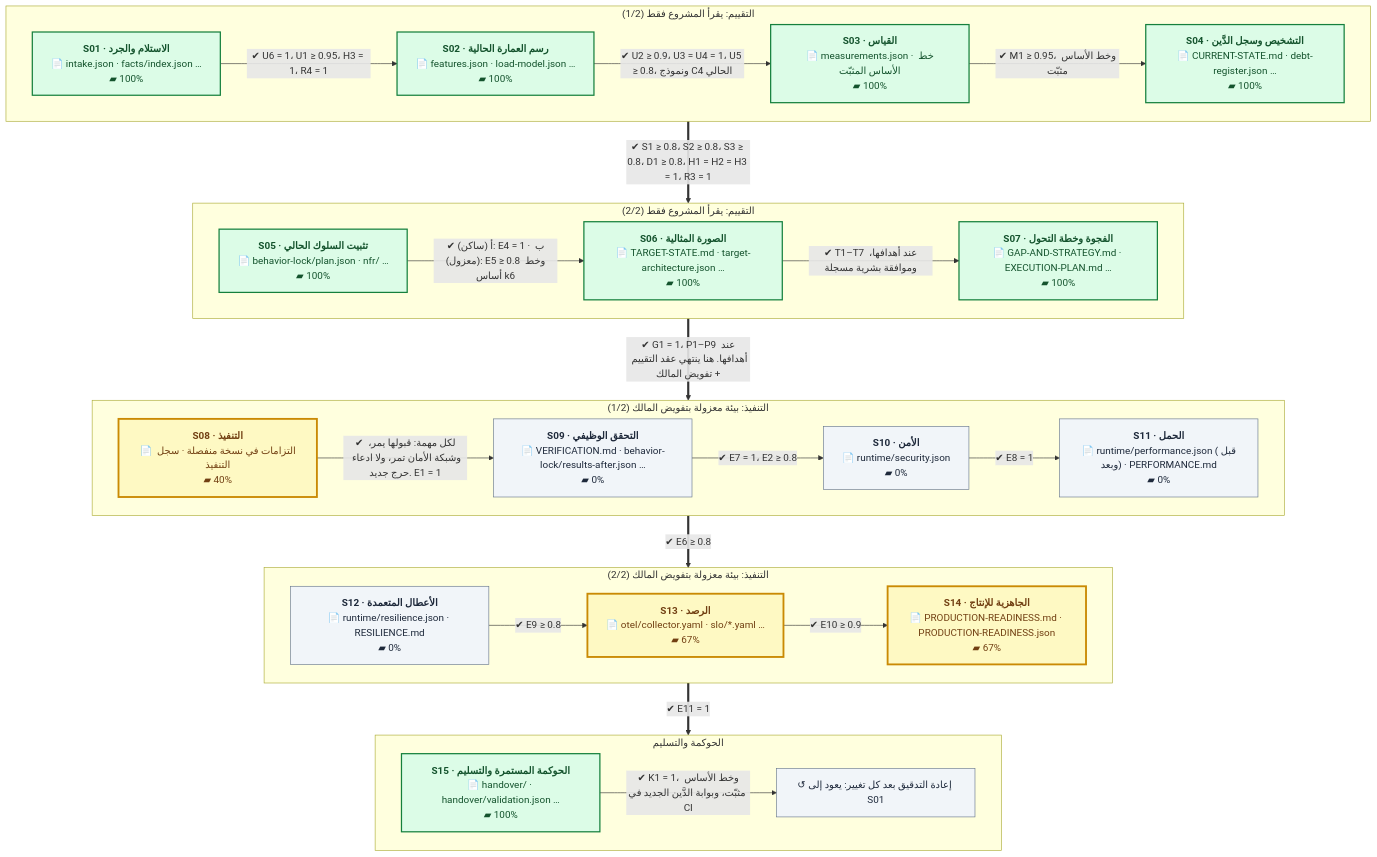
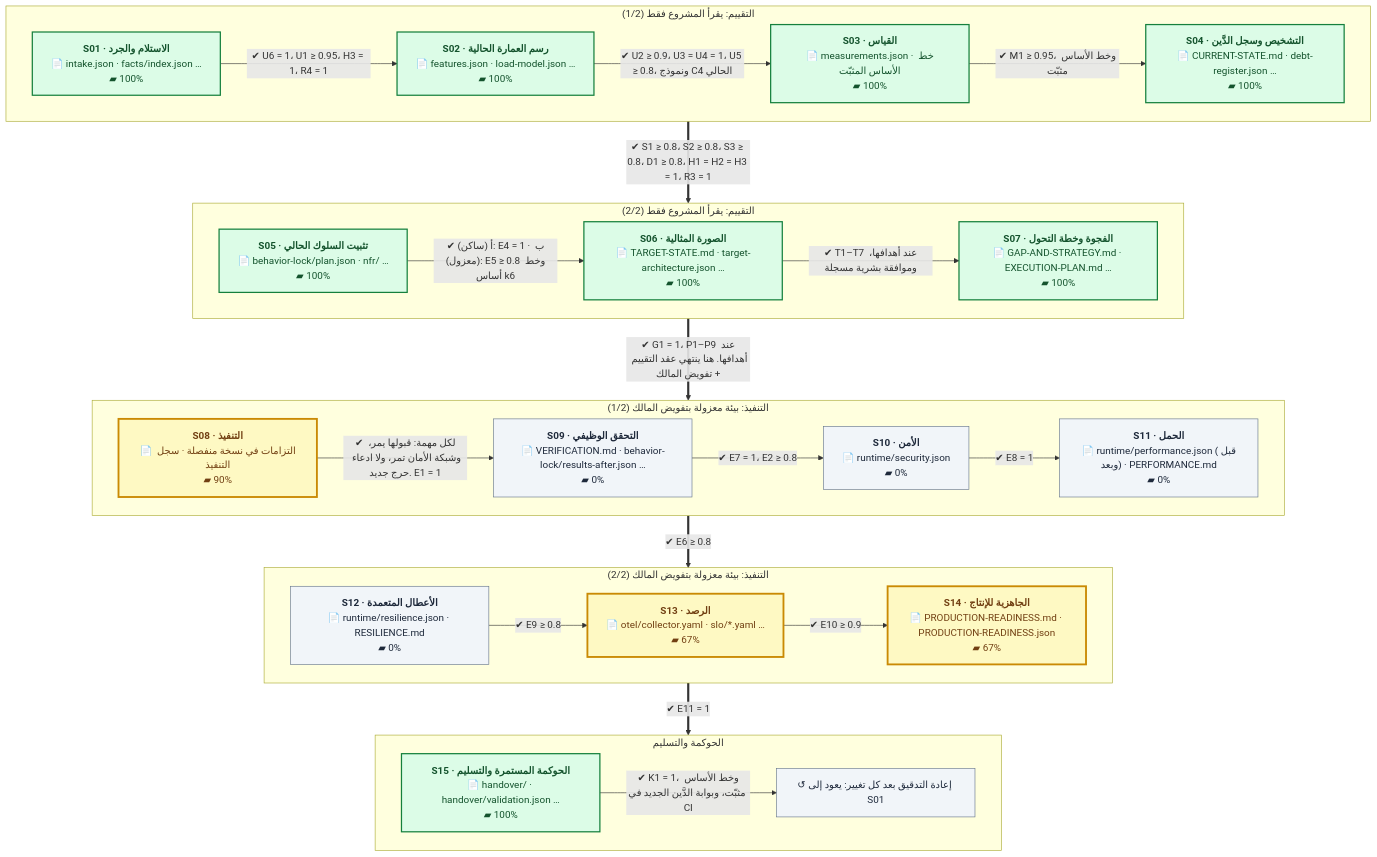
One commit to eom1417/engineering-audit-os changed the second of 2 diagrams in docs/NORTH-STAR.md. Above: the diagram before and after it, drawn with Mermaid. The commit also changed other lines of this file and 7 other files, not shown here.

````diff
--- a/docs/NORTH-STAR.md
+++ b/docs/NORTH-STAR.md
@@ -1147,54 +1147,54 @@
 ```mermaid
 %%{init: {'flowchart': {'wrappingWidth': 260, 'nodeSpacing': 40, 'rankSpacing': 60}}}%%
 flowchart TB
     subgraph P1["التقييم: يقرأ المشروع فقط (1/2)"]
         direction LR
         S01["<b>S01 · الاستلام والجرد</b><br/>📄 intake.json · facts/index.json …<br/>▰ 100%"]:::done
         S02["<b>S02 · رسم العمارة الحالية</b><br/>📄 features.json · load-model.json …<br/>▰ 100%"]:::done
         S03["<b>S03 · القياس</b><br/>📄 measurements.json · خط الأساس المثبّت<br/>▰ 100%"]:::done
         S04["<b>S04 · التشخيص وسجل الدَّين</b><br/>📄 CURRENT-STATE.md · debt-register.json …<br/>▰ 100%"]:::done
         S01 -->|"✔ U6 = 1، U1 ≥ 0.95، H3 = 1، R4 = 1"| S02
         S02 -->|"✔ U2 ≥ 0.9، U3 = U4 = 1، U5 ≥ 0.8، ونموذج C4 الحالي"| S03
         S03 -->|"✔ M1 ≥ 0.95، وخط الأساس مثبّت"| S04
     end
     subgraph P2["التقييم: يقرأ المشروع فقط (2/2)"]
         direction LR
         S05["<b>S05 · تثبيت السلوك الحالي</b><br/>📄 behavior-lock/plan.json · nfr/ …<br/>▰ 100%"]:::done
         S06["<b>S06 · الصورة المثالية</b><br/>📄 TARGET-STATE.md · target-architecture.json …<br/>▰ 100%"]:::done
         S07["<b>S07 · الفجوة وخطة التحول</b><br/>📄 GAP-AND-STRATEGY.md · EXECUTION-PLAN.md …<br/>▰ 100%"]:::done
         S05 -->|"✔ أ (ساكن): E4 = 1 · ب (معزول): E5 ≥ 0.8 وخط أساس k6"| S06
         S06 -->|"✔ T1–T7 عند أهدافها، وموافقة بشرية مسجلة"| S07
     end
     subgraph P3["التنفيذ: بيئة معزولة بتفويض المالك (1/2)"]
         direction LR
-        S08["<b>S08 · التنفيذ</b><br/>📄 التزامات في نسخة منفصلة · سجل التنفيذ<br/>▰ 40%"]:::current
+        S08["<b>S08 · التنفيذ</b><br/>📄 التزامات في نسخة منفصلة · سجل التنفيذ<br/>▰ 90%"]:::current
         S09["<b>S09 · التحقق الوظيفي</b><br/>📄 VERIFICATION.md · behavior-lock/results-after.json …<br/>▰ 0%"]:::next
         S10["<b>S10 · الأمن</b><br/>📄 runtime/security.json<br/>▰ 0%"]:::next
         S11["<b>S11 · الحمل</b><br/>📄 runtime/performance.json (قبل وبعد) · PERFORMANCE.md<br/>▰ 0%"]:::next
         S08 -->|"✔ لكل مهمة: قبولها يمر، وشبكة الأمان تمر، ولا ادعاء حرج جديد. E1 = 1"| S09
         S09 -->|"✔ E7 = 1، E2 ≥ 0.8"| S10
         S10 -->|"✔ E8 = 1"| S11
     end
     subgraph P4["التنفيذ: بيئة معزولة بتفويض المالك (2/2)"]
         direction LR
         S12["<b>S12 · الأعطال المتعمدة</b><br/>📄 runtime/resilience.json · RESILIENCE.md<br/>▰ 0%"]:::next
         S13["<b>S13 · الرصد</b><br/>📄 otel/collector.yaml · slo/*.yaml …<br/>▰ 67%"]:::current
         S14["<b>S14 · الجاهزية للإنتاج</b><br/>📄 PRODUCTION-READINESS.md · PRODUCTION-READINESS.json<br/>▰ 67%"]:::current
         S12 -->|"✔ E9 ≥ 0.8"| S13
         S13 -->|"✔ E10 ≥ 0.9"| S14
     end
     subgraph P5["الحوكمة والتسليم"]
         direction LR
         S15["<b>S15 · الحوكمة المستمرة والتسليم</b><br/>📄 handover/ · handover/validation.json …<br/>▰ 100%"]:::done
         LOOP["↺ إعادة التدقيق بعد كل تغيير: يعود إلى S01"]:::next
         S15 -->|"✔ K1 = 1، وخط الأساس مثبّت، وبوابة الدَّين الجديد في CI"| LOOP
     end
     P1 ==>|"✔ S1 ≥ 0.8، S2 ≥ 0.8، S3 ≥ 0.8، D1 ≥ 0.8، H1 = H2 = H3 = 1، R3 = 1"| P2
     P2 ==>|"✔ G1 = 1، P1–P9 عند أهدافها. هنا ينتهي عقد التقييم + تفويض المالك"| P3
     P3 ==>|"✔ E6 ≥ 0.8"| P4
     P4 ==>|"✔ E11 = 1"| P5
     classDef done fill:#dcfce7,stroke:#15803d,color:#14532d,stroke-width:2px
     classDef current fill:#fef9c3,stroke:#ca8a04,color:#713f12,stroke-width:3px
     classDef next fill:#f1f5f9,stroke:#64748b,color:#1e293b
     classDef owner fill:#fee2e2,stroke:#b91c1c,color:#7f1d1d,stroke-dasharray:5 3
 ```
````
